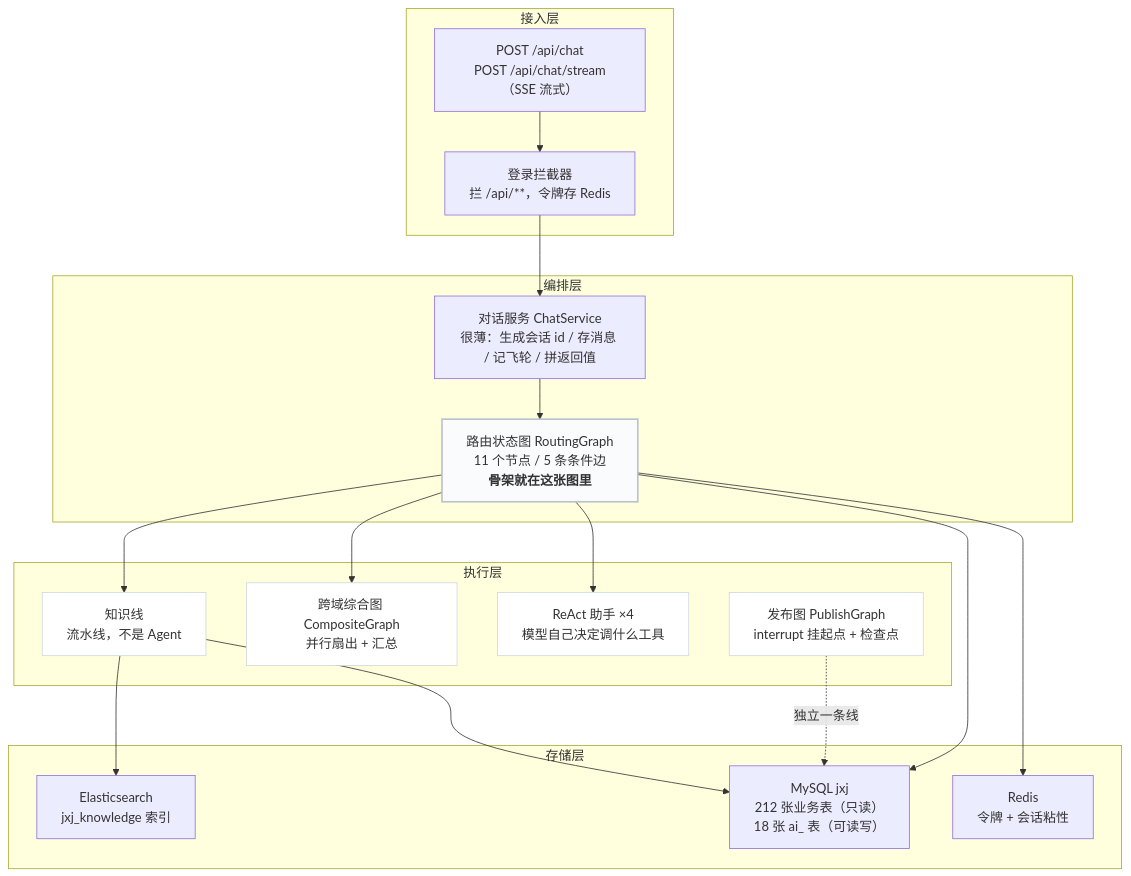
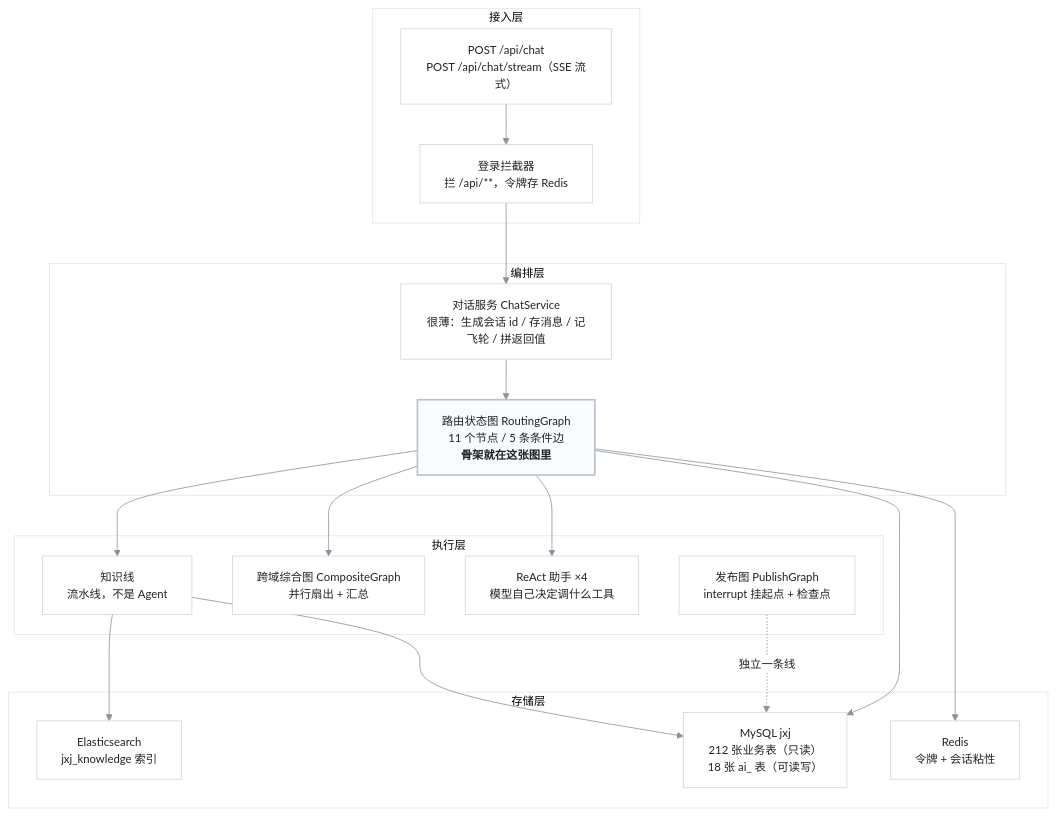
One commit to Melody022/Helper-agent changed the first of 5 diagrams in docs/架构图.md. Above: the diagram before and after it, drawn with Mermaid. The commit also changed other lines of this file and 1 other file, not shown here.

First line of the commit message:
修 Mermaid 黑底黑字：主题写死成浅色 + 显式指定文字颜色

````diff
--- a/docs/架构图.md
+++ b/docs/架构图.md
@@ -16,41 +16,42 @@
 ```mermaid
+%%{init: {'theme':'base','themeVariables':{'primaryColor':'#ffffff','primaryTextColor':'#1f2328','primaryBorderColor':'#d0d7de','lineColor':'#8b949e','secondaryColor':'#ffffff','tertiaryColor':'#ffffff','textColor':'#1f2328','fontSize':'14px'}}}%%
 flowchart TD
     subgraph L0["接入层"]
         HTTP["POST /api/chat<br/>POST /api/chat/stream（SSE 流式）"]
         AUTH["登录拦截器<br/>拦 /api/**，令牌存 Redis"]
     end
 
     subgraph L1["编排层"]
         CS["对话服务 ChatService<br/>很薄：生成会话 id / 存消息 / 记飞轮 / 拼返回值"]
         RG["路由状态图 RoutingGraph<br/>11 个节点 / 5 条条件边<br/><b>骨架就在这张图里</b>"]
     end
 
     subgraph L2["执行层"]
         KL["知识线<br/>流水线，不是 Agent"]
         CG["跨域综合图 CompositeGraph<br/>并行扇出 + 汇总"]
         RA["ReAct 助手 ×4<br/>模型自己决定调什么工具"]
         PG["发布图 PublishGraph<br/>interrupt 挂起点 + 检查点"]
     end
 
     subgraph L3["存储层"]
         MY["MySQL jxj<br/>212 张业务表（只读）<br/>18 张 ai_ 表（可读写）"]
         RD["Redis<br/>令牌 + 会话粘性"]
         ES["Elasticsearch<br/>jxj_knowledge 索引"]
     end
 
     HTTP --> AUTH --> CS --> RG
     RG --> KL
     RG --> CG
     RG --> RA
     PG -.->|独立一条线| MY
     RG --> MY
     RG --> RD
     KL --> ES
     KL --> MY
 
-    style RG fill:#fafbfc,stroke:#b9c2cc,stroke-width:2px
-    style KL fill:#ffffff,stroke:#d0d7de
-    style CG fill:#ffffff,stroke:#d0d7de
-    style RA fill:#ffffff,stroke:#d0d7de
-    style PG fill:#ffffff,stroke:#d0d7de
+    style RG fill:#fafbfc,stroke:#b9c2cc,stroke-width:2px,color:#1f2328
+    style KL fill:#ffffff,stroke:#d0d7de,color:#1f2328
+    style CG fill:#ffffff,stroke:#d0d7de,color:#1f2328
+    style RA fill:#ffffff,stroke:#d0d7de,color:#1f2328
+    style PG fill:#ffffff,stroke:#d0d7de,color:#1f2328
 ```
````
